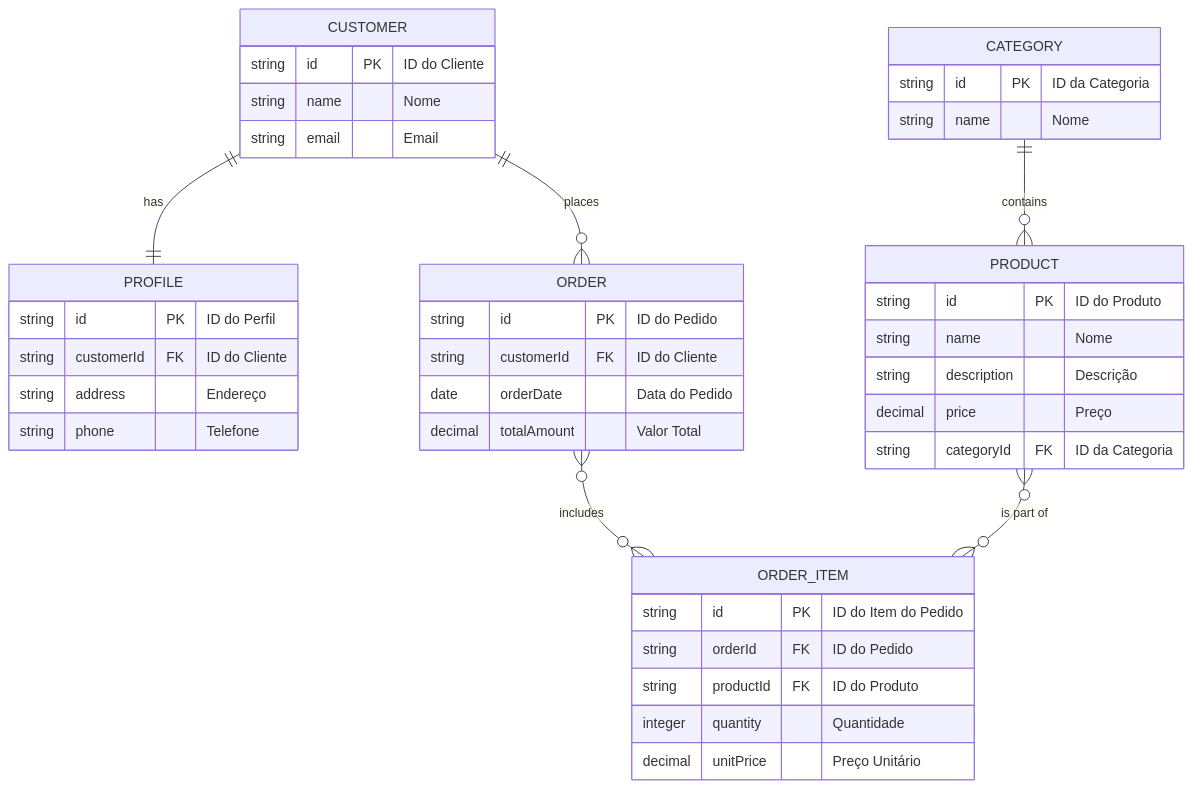
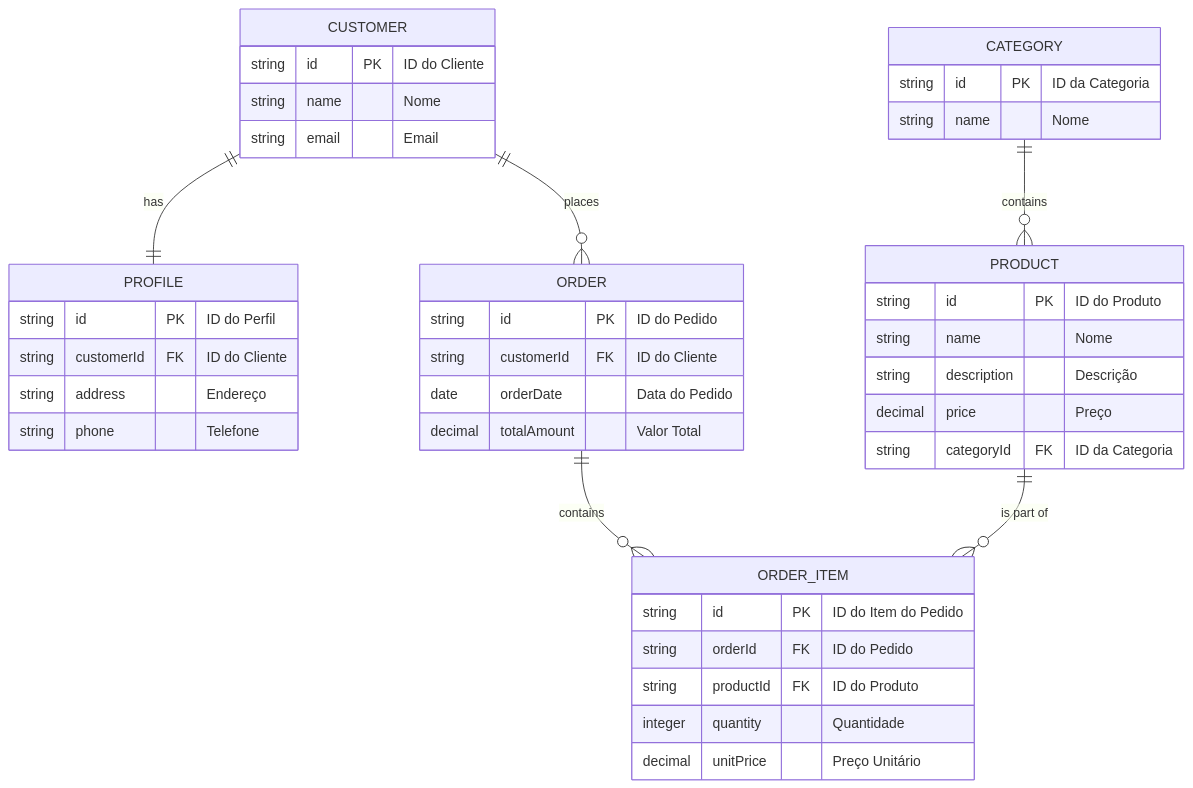
Before and after one commit to GeovanaMat/API-REST-E-Commerce: the diagram in README.md, drawn with Mermaid.

````diff
--- a/README.md
+++ b/README.md
@@ -6,44 +6,45 @@
 ```mermaid
 erDiagram
     CUSTOMER {
         string id PK "ID do Cliente"
         string name "Nome"
         string email "Email"
     }
     PROFILE {
         string id PK "ID do Perfil"
         string customerId FK "ID do Cliente"
         string address "Endereço"
         string phone "Telefone"
     }
     CATEGORY {
         string id PK "ID da Categoria"
         string name "Nome"
     }
     PRODUCT {
         string id PK "ID do Produto"
         string name "Nome"
         string description "Descrição"
         decimal price "Preço"
         string categoryId FK "ID da Categoria"
     }
     ORDER {
         string id PK "ID do Pedido"
         string customerId FK "ID do Cliente"
         date orderDate "Data do Pedido"
         decimal totalAmount "Valor Total"
     }
     ORDER_ITEM {
         string id PK "ID do Item do Pedido"
         string orderId FK "ID do Pedido"
         string productId FK "ID do Produto"
         integer quantity "Quantidade"
         decimal unitPrice "Preço Unitário"
     }
 
     CUSTOMER ||--|| PROFILE : has
     CATEGORY ||--o{ PRODUCT : contains
-    PRODUCT }o--o{ ORDER_ITEM : "is part of"
-    ORDER }o--o{ ORDER_ITEM : "includes"
+    PRODUCT ||--o{ ORDER_ITEM : "is part of"
+    ORDER ||--o{ ORDER_ITEM : "contains"
     CUSTOMER ||--o{ ORDER : places
+
 ```
````
